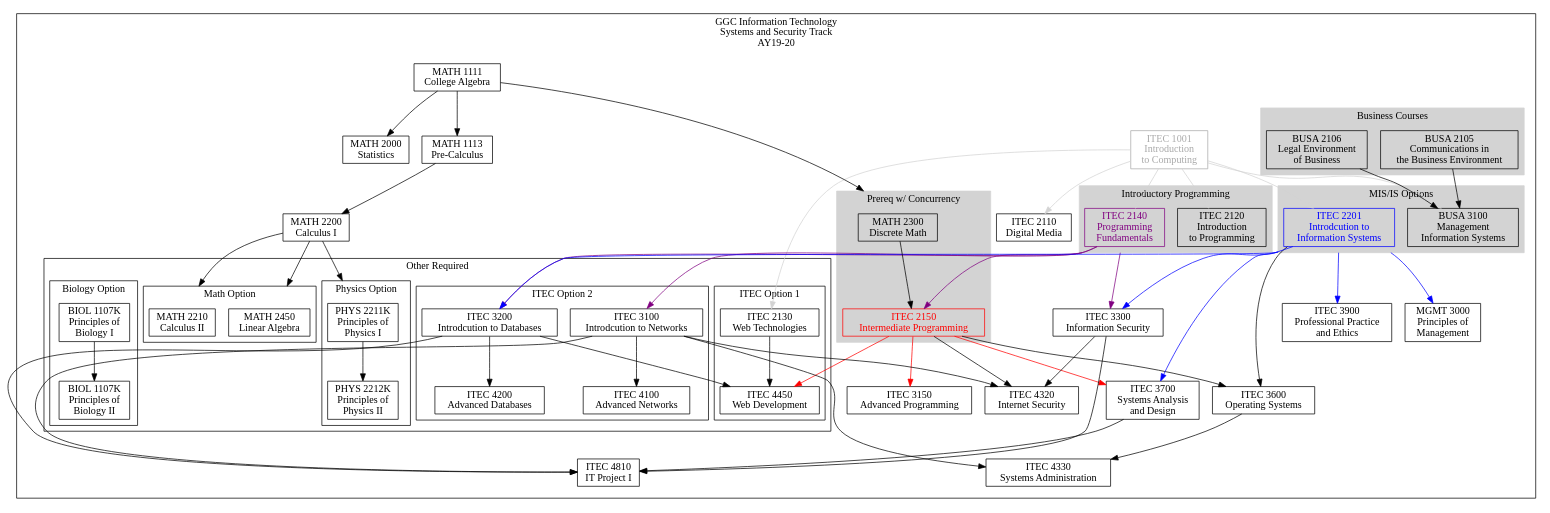
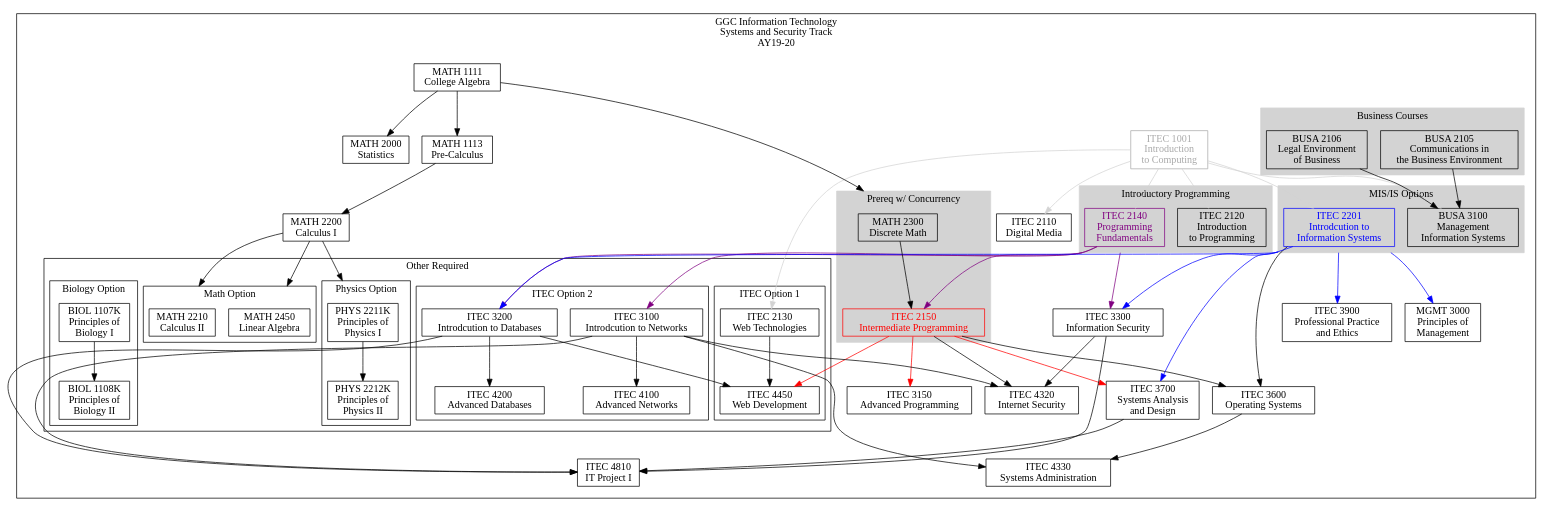
Before and after one commit to rjlutz/itec-plans: the diagram in AY19-20/SystemsSecurity.dot, drawn with Graphviz. The commit also changed 1 other file, not shown here.

Commit message:
fix typoo in BIOL1108K

```diff
--- a/AY19-20/SystemsSecurity.dot
+++ b/AY19-20/SystemsSecurity.dot
@@ -1,167 +1,167 @@
 digraph G {
 
     node [shape = record, fontname="Sans serif" fontsize="14"];
     compound = true //  needed to link clusters and nodes
     splines = true
     ranksep=0.75
 
      // All
     itec1001[label = "ITEC 1001\nIntroduction \nto Computing" color=darkgray fontcolor=darkgray]
     itec2110[label = "ITEC 2110\nDigital Media"]
     itec2120[label = "ITEC 2120\nIntroduction\nto Programming"]
     itec2130[label = "ITEC 2130\nWeb Technologies"]
     itec2140[label = "ITEC 2140\nProgramming \nFundamentals" color=purple fontcolor=purple]
     itec2150[label = "ITEC 2150\nIntermediate Programming" color=red fontcolor=red]
     itec2201[label = "ITEC 2201\nIntrodcution to\nInformation Systems" color=blue fontcolor=blue]
     itec3100[label = "ITEC 3100\nIntrodcution to Networks"]
     itec3200[label = "ITEC 3200\nIntrodcution to Databases"]
     itec3900[label = "ITEC 3900\nProfessional Practice\nand Ethics"]
     busa2105[label = "BUSA 2105\nCommunications in\nthe Business Environment"]
     busa2106[label = "BUSA 2106\nLegal Environment\nof Business"]
     busa3100[label = "BUSA 3100\nManagement \nInformation Systems"]
     math1111[label = "MATH 1111\nCollege Algebra"]
     math1113[label = "MATH 1113\nPre-Calculus"]
     math2300[label = "MATH 2300\nDiscrete Math"]
     math2000[label = "MATH 2000\nStatistics"]
     math2200[label = "MATH 2200\nCalculus I"]
     mgmt3000[label = "MGMT 3000\nPrinciples of\nManagement"]
 
     //Systems and Seurity
     itec3150[label = "ITEC 3150\nAdvanced Programming"]
     itec3300[label = "ITEC 3300\nInformation Security"]
     itec3600[label = "ITEC 3600\nOperating Systems"]
     itec3700[label = "ITEC 3700\nSystems Analysis\nand Design"]
     itec4100[label = "ITEC 4100\nAdvanced Networks"]
     itec4200[label = "ITEC 4200\nAdvanced Databases"]
     itec4320[label = "ITEC 4320\nInternet Security"]
     itec4330[label = "ITEC 4330\nSystems Administration"]
     itec4450[label = "ITEC 4450\nWeb Development"]
     itec4810[label = "ITEC 4810\nIT Project I"]
     math2210[label = "MATH 2210\nCalculus II"]
     math2450[label = "MATH 2450\nLinear Algebra"]
     phys2211k[label = "PHYS 2211K\nPrinciples of\nPhysics I"]
     phys2212k[label = "PHYS 2212K\nPrinciples of\nPhysics II"]
     biol1107k[label = "BIOL 1107K\nPrinciples of\nBiology I"]
-    biol1108k[label = "BIOL 1107K\nPrinciples of\nBiology II"]
+    biol1108k[label = "BIOL 1108K\nPrinciples of\nBiology II"]
 
 
     subgraph clusterss {
         label="GGC Information Technology\nSystems and Security Track\nAY19-20"
 
         subgraph clusterrequired {
             label=""
             node [style=filled];
             style=filled;
 
             color="#FFFFFF";
 
             itec1001 -> itec2110  [color=lightgray]
             itec1001 -> itec2120 [color=lightgray]
             itec1001 -> itec2130 [color=lightgray]
             itec1001 -> itec2201 [color=lightgray]
             itec1001 -> busa3100 [color=lightgray]
             itec2140 -> itec2150 [color=purple]
             itec2140 -> itec3100 [color=purple]
             itec2150 -> itec3150 [lltail=clusterdiscrete color=red]
             itec2201 -> itec3200 [ltail=cluster22013100 color=blue]
             itec2140 -> itec3200 [ltail=cluster21202140 color=purple]
 
             itec2201 -> itec3300 [ltail=cluster22013100 color=blue]
             itec2140 -> itec3300 [ltail=cluster21202140 color=purple]
             itec2150 -> itec3600 
             itec2201 -> itec3600
             itec2150 -> itec4320
             itec3100 -> itec4320
             itec3300 -> itec4320
             itec3100 -> itec4330
             itec3600 -> itec4330
             itec3100 -> itec4810
             itec3200 -> itec4810
             itec3300 -> itec4810
             itec3700 -> itec4810
 
             busa2106 -> busa3100
             busa2105 -> busa3100
             itec1001 -> itec2140 [color=lightgray]
 
             itec2150 -> itec3700 [lltail=clusterdiscrete color=red]
             itec2201 -> itec3700 [color=blue]
 
             itec2201 -> itec3900 [ltail=cluster22013100 color=blue]
             itec2201 -> mgmt3000 [ltail=cluster22013100 color=blue]
 
             math1113 -> math2200
             math1111 -> math1113
             math1111 -> math2000
             math1111 -> math2300 [lhead=clusterdiscrete]
             math2200 -> math2210 [lhead=clustermathopt]
             math2200 -> math2450 [lhead=clustermathopt]
             itec3200 -> itec4450
 
             math2200 -> phys2211k [lhead=clusterphysopt]
 
             subgraph cluster21202140 {
                 label = "Introductory Programming";
                 color=lightgrey;
                 itec2120
                 itec2140
             }
             subgraph cluster22013100 {
                 label = "MIS/IS Options";
                 color=lightgrey;
                 itec2201
                 busa3100
             }
             subgraph cluster21052106 {
                 label = "Business Courses"
                 color=lightgrey;
                 busa2105
                 busa2106
             }
             
             subgraph clusterdiscrete {
                 label = "Prereq w/ Concurrency";
                 node [style=filled];
                 style=filled;
                 color=lightgrey;
                 math2300 -> itec2150
             }
 
             subgraph clusterotherrequired {
                 label = "Other Required"
                 node [style=filled];
                 style=filled;
                 graph[style=solid]
                 color=black;
 
                 subgraph clusteritecopt1 {
                     label = "ITEC Option 1";
                     itec2130 -> itec4450
                     itec2150 -> itec4450 [color=red]
                 }
 
                 subgraph clusteritecopt2 {
                     label = "ITEC Option 2";
                     itec3100 -> itec4100
                     itec3200 -> itec4200
                 }
 
                 subgraph clusterbiolopt {
                     label = "Biology Option";
                     biol1107k -> biol1108k
                 }
 
                 subgraph clustermathopt {
                     label = "Math Option";
                     math2210
                     math2450
                 }
 
                 subgraph clusterphysopt {
                     label = "Physics Option"
                     phys2211k -> phys2212k
                 }
             }
         }    
     }
 }
```
